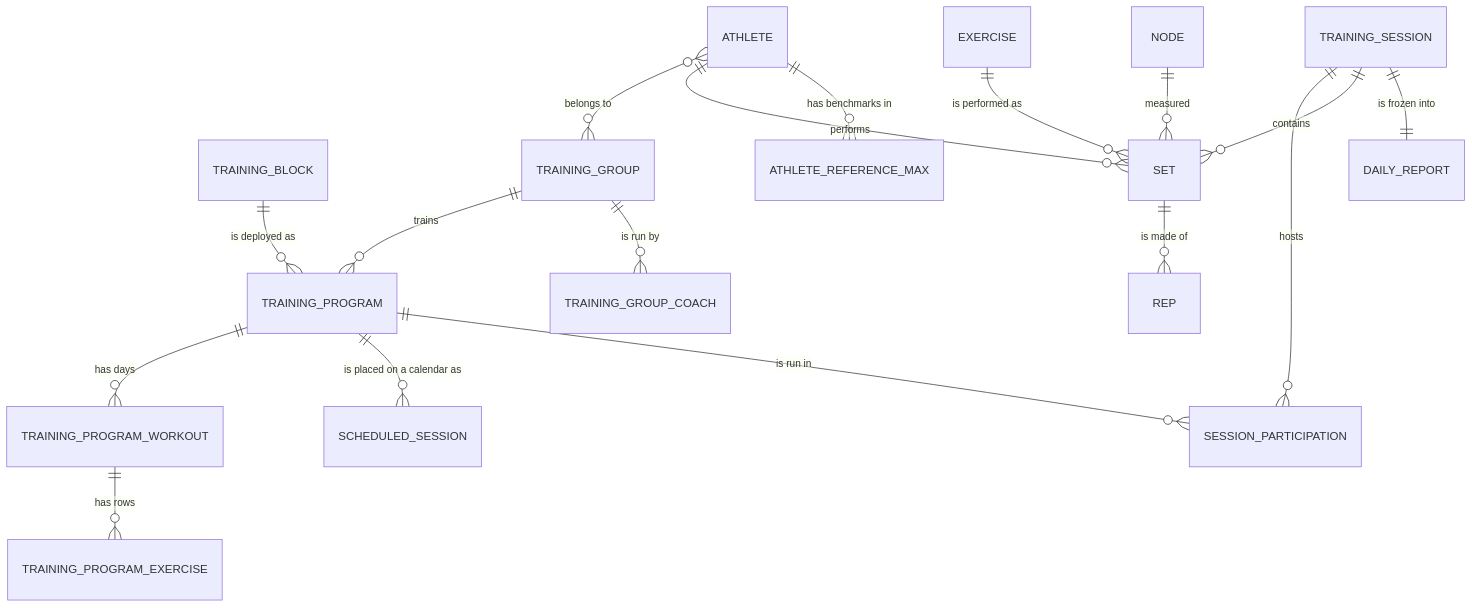
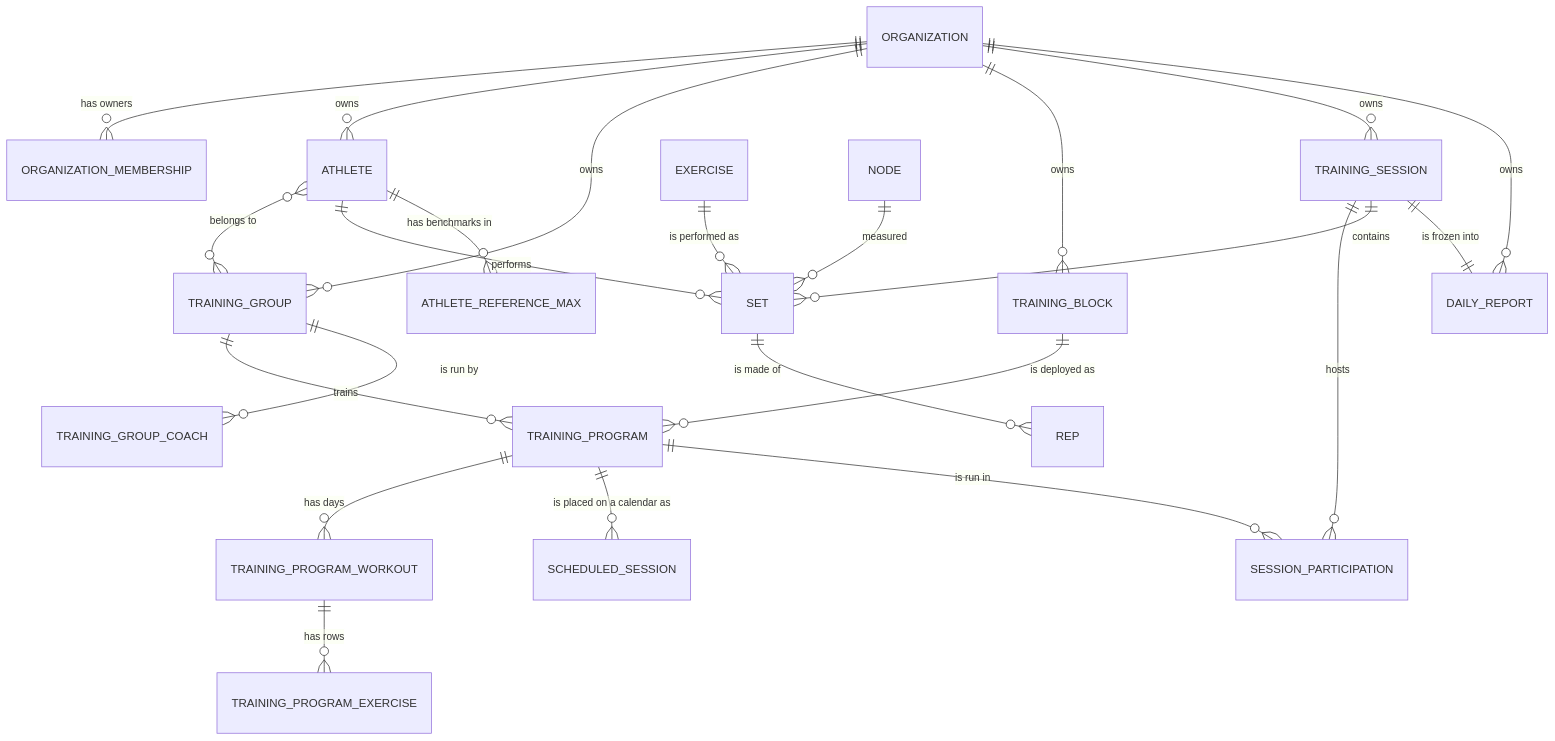
The diagram in docs/_DATABASE-OVERVIEW.md (carbolizer/Edge-Athlete), drawn with Mermaid before and after one commit. The commit also changed other lines of this file and 5 other files, not shown here.

````diff
--- a/docs/_DATABASE-OVERVIEW.md
+++ b/docs/_DATABASE-OVERVIEW.md
@@ -54,22 +56,28 @@
 ```mermaid
 erDiagram
+    ORGANIZATION ||--o{ ORGANIZATION_MEMBERSHIP : "has owners"
+    ORGANIZATION ||--o{ ATHLETE : "owns"
+    ORGANIZATION ||--o{ TRAINING_GROUP : "owns"
+    ORGANIZATION ||--o{ TRAINING_BLOCK : "owns"
+    ORGANIZATION ||--o{ TRAINING_SESSION : "owns"
+    ORGANIZATION ||--o{ DAILY_REPORT : "owns"
     TRAINING_BLOCK ||--o{ TRAINING_PROGRAM : "is deployed as"
     TRAINING_GROUP ||--o{ TRAINING_PROGRAM : "trains"
     ATHLETE }o--o{ TRAINING_GROUP : "belongs to"
     TRAINING_GROUP ||--o{ TRAINING_GROUP_COACH : "is run by"
 
     TRAINING_PROGRAM ||--o{ TRAINING_PROGRAM_WORKOUT : "has days"
     TRAINING_PROGRAM_WORKOUT ||--o{ TRAINING_PROGRAM_EXERCISE : "has rows"
     TRAINING_PROGRAM ||--o{ SCHEDULED_SESSION : "is placed on a calendar as"
 
     TRAINING_SESSION ||--o{ SESSION_PARTICIPATION : "hosts"
     TRAINING_PROGRAM ||--o{ SESSION_PARTICIPATION : "is run in"
     TRAINING_SESSION ||--o{ SET : "contains"
     TRAINING_SESSION ||--|| DAILY_REPORT : "is frozen into"
     SET ||--o{ REP : "is made of"
 
     ATHLETE ||--o{ SET : "performs"
     ATHLETE ||--o{ ATHLETE_REFERENCE_MAX : "has benchmarks in"
     EXERCISE ||--o{ SET : "is performed as"
     NODE ||--o{ SET : "measured"
 ```
````
